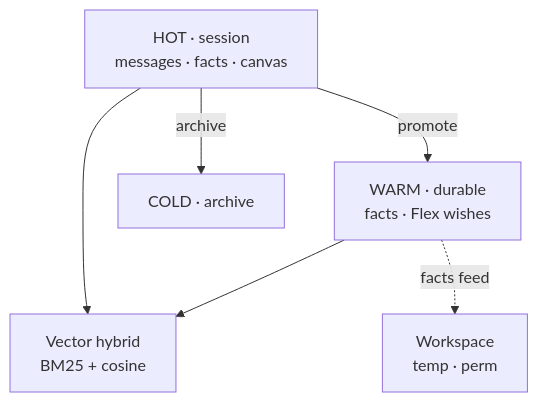
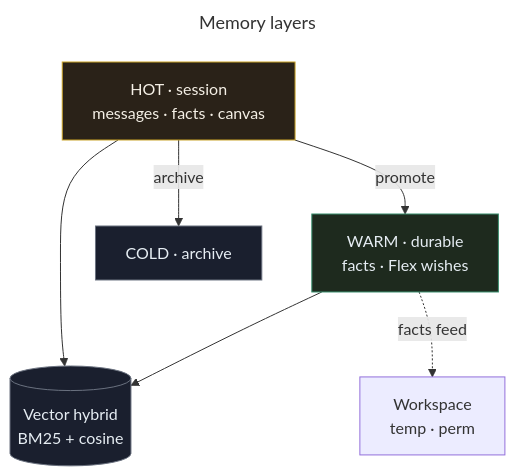
Before and after one commit to landjunge/gnom-hub-v1: the sixth of 7 diagrams in docs/ARCHITECTURE.md, drawn with Mermaid. The commit also changed other lines of this file and 3 other files, not shown here.

First line of the commit message:
docs: deepen Mermaid syntax (state, sequence, classDef, guide)

````diff
--- a/docs/ARCHITECTURE.md
+++ b/docs/ARCHITECTURE.md
@@ -155,14 +223,23 @@
 ```mermaid
+---
+title: Memory layers
+---
 flowchart TB
-  HOT["HOT · session\nmessages · facts · canvas"]
-  WARM["WARM · durable\nfacts · Flex wishes"]
+  HOT["HOT · session<br/>messages · facts · canvas"]
+  WARM["WARM · durable<br/>facts · Flex wishes"]
   COLD["COLD · archive"]
-  VEC["Vector hybrid\nBM25 + cosine"]
-  WORK["Workspace\ntemp · perm"]
+  VEC[("Vector hybrid<br/>BM25 + cosine")]
+  WORK["Workspace<br/>temp · perm"]
 
-  HOT -->|promote| WARM
-  HOT -->|archive| COLD
-  HOT --> VEC
-  WARM --> VEC
-  WARM -.->|facts feed| WORK
+  HOT -->|"promote"| WARM
+  HOT -->|"archive"| COLD
+  HOT & WARM --> VEC
+  WARM -.->|"facts feed"| WORK
+
+  classDef hot fill:#2a2218,stroke:#c9a227,color:#f5f0e6
+  classDef warm fill:#1e2a1e,stroke:#3a8f6e,color:#e6edf3
+  classDef cold fill:#1a1f2e,stroke:#6b7280,color:#e6edf3
+  class HOT hot
+  class WARM warm
+  class COLD,VEC cold
 ```
````
